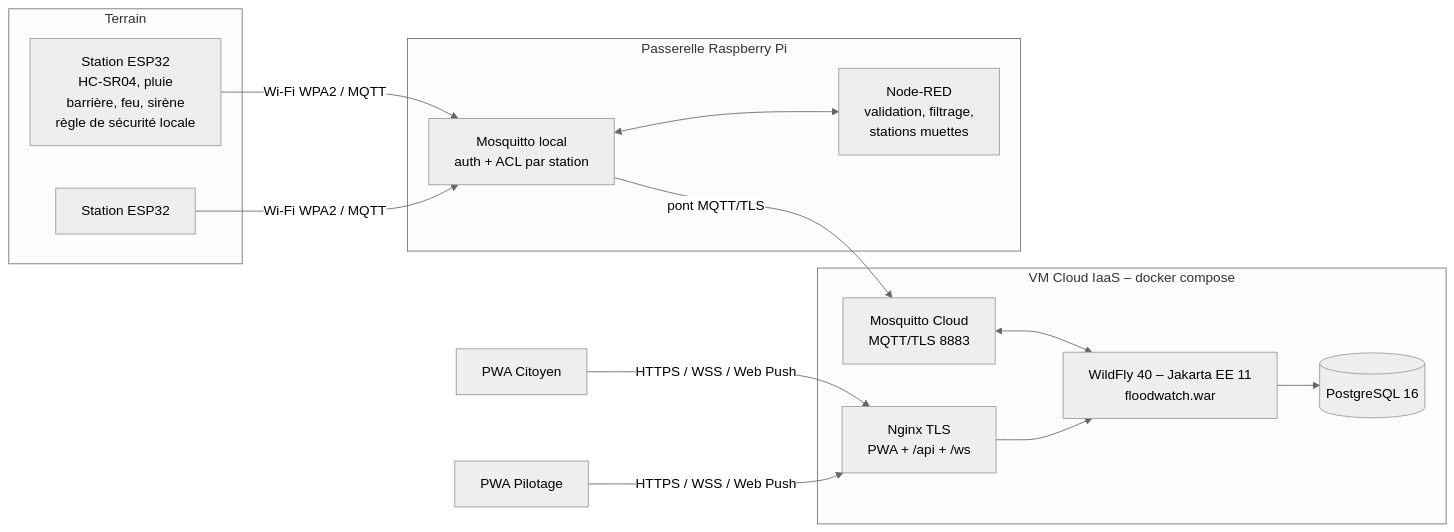
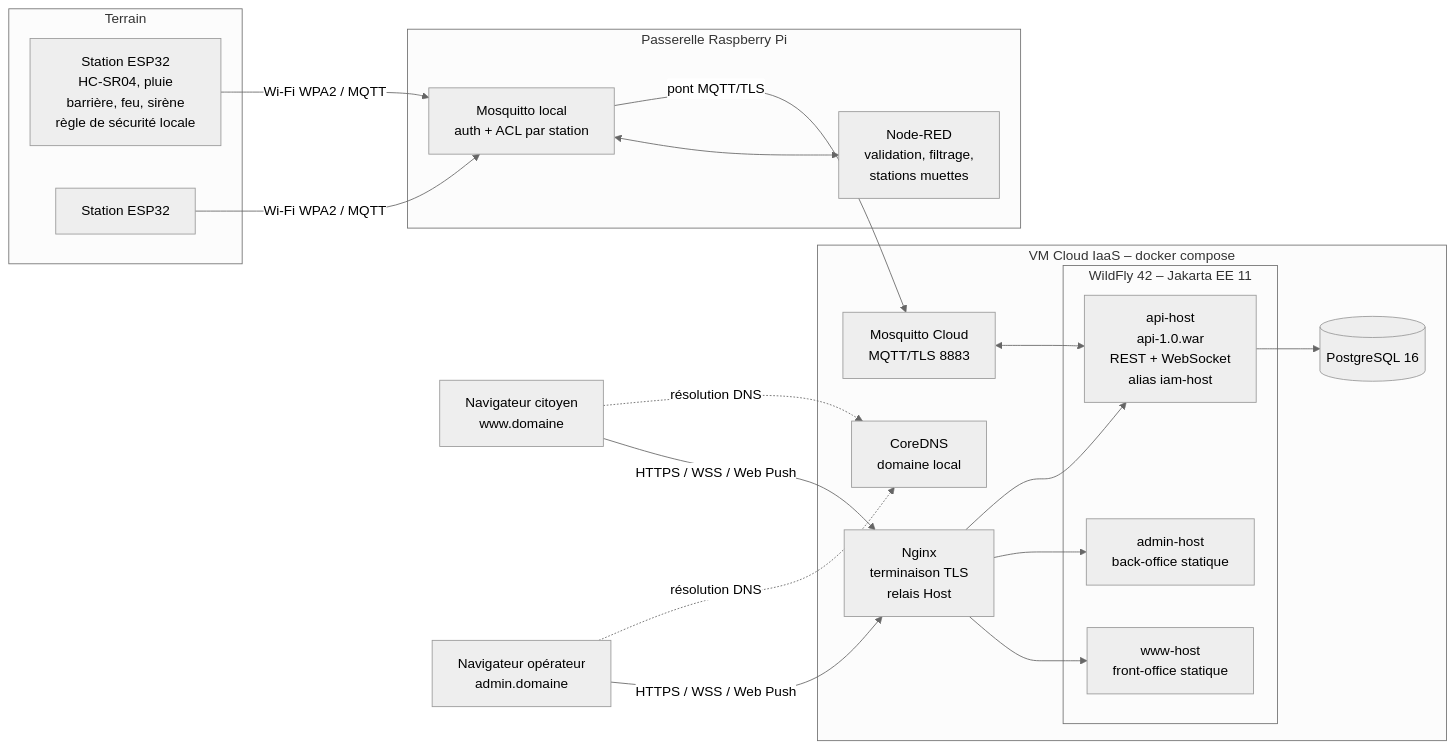
Before and after one commit to baderddine725/FloodWatch_cot: the diagram in README.md, drawn with Mermaid (neutral theme). The commit also changed other lines of this file and 252 other files, not shown here.

First line of the commit message:
refactor!: WildFly 42, middleware/, frontend/ et quatre noms DNS

````diff
--- a/README.md
+++ b/README.md
@@ -13,25 +14,33 @@
 ```mermaid
 flowchart LR
   subgraph Terrain
     ST1[Station ESP32<br/>HC-SR04, pluie<br/>barrière, feu, sirène<br/>règle de sécurité locale]
     ST2[Station ESP32]
   end
   subgraph Passerelle[Passerelle Raspberry Pi]
     MQL[Mosquitto local<br/>auth + ACL par station]
     NR[Node-RED<br/>validation, filtrage,<br/>stations muettes]
   end
   subgraph Cloud[VM Cloud IaaS – docker compose]
     MQC[Mosquitto Cloud<br/>MQTT/TLS 8883]
-    API[WildFly 40 – Jakarta EE 11<br/>floodwatch.war]
+    subgraph WF[WildFly 42 – Jakarta EE 11]
+      WWW[www-host<br/>front-office statique]
+      ADM[admin-host<br/>back-office statique]
+      APIH[api-host<br/>api-1.0.war<br/>REST + WebSocket<br/>alias iam-host]
+    end
     DB[(PostgreSQL 16)]
-    NGX[Nginx TLS<br/>PWA + /api + /ws]
+    NGX[Nginx<br/>terminaison TLS<br/>relais Host]
+    DNS[CoreDNS<br/>domaine local]
   end
   ST1 & ST2 -- Wi-Fi WPA2 / MQTT --> MQL
   MQL <--> NR
   MQL -- pont MQTT/TLS --> MQC
-  MQC <--> API
-  API --> DB
-  NGX --> API
-  CIT[PWA Citoyen] -- HTTPS / WSS / Web Push --> NGX
-  PIL[PWA Pilotage] -- HTTPS / WSS / Web Push --> NGX
+  MQC <--> APIH
+  APIH --> DB
+  NGX --> WWW
+  NGX --> ADM
+  NGX --> APIH
+  CIT[Navigateur citoyen<br/>www.domaine] -- HTTPS / WSS / Web Push --> NGX
+  PIL[Navigateur opérateur<br/>admin.domaine] -- HTTPS / WSS / Web Push --> NGX
+  CIT & PIL -. résolution DNS .-> DNS
 ```
````
